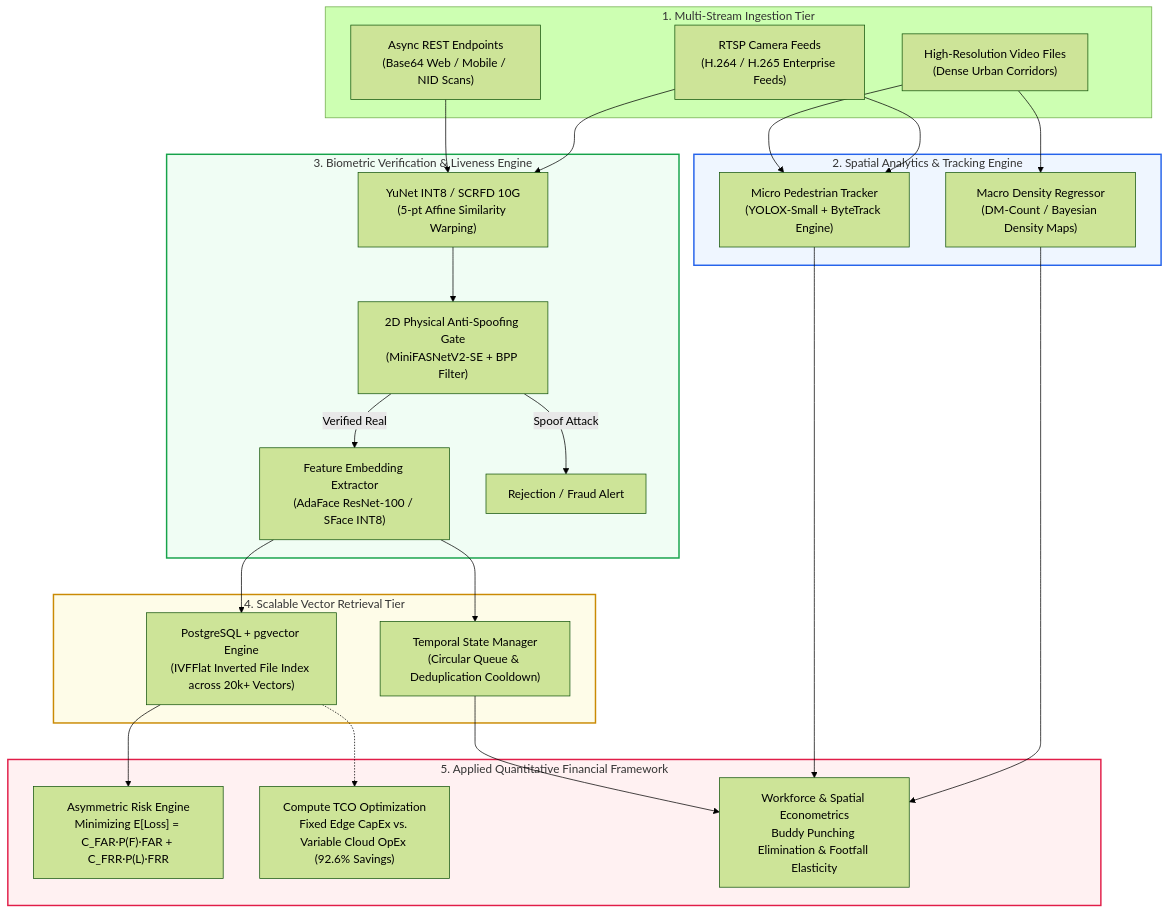
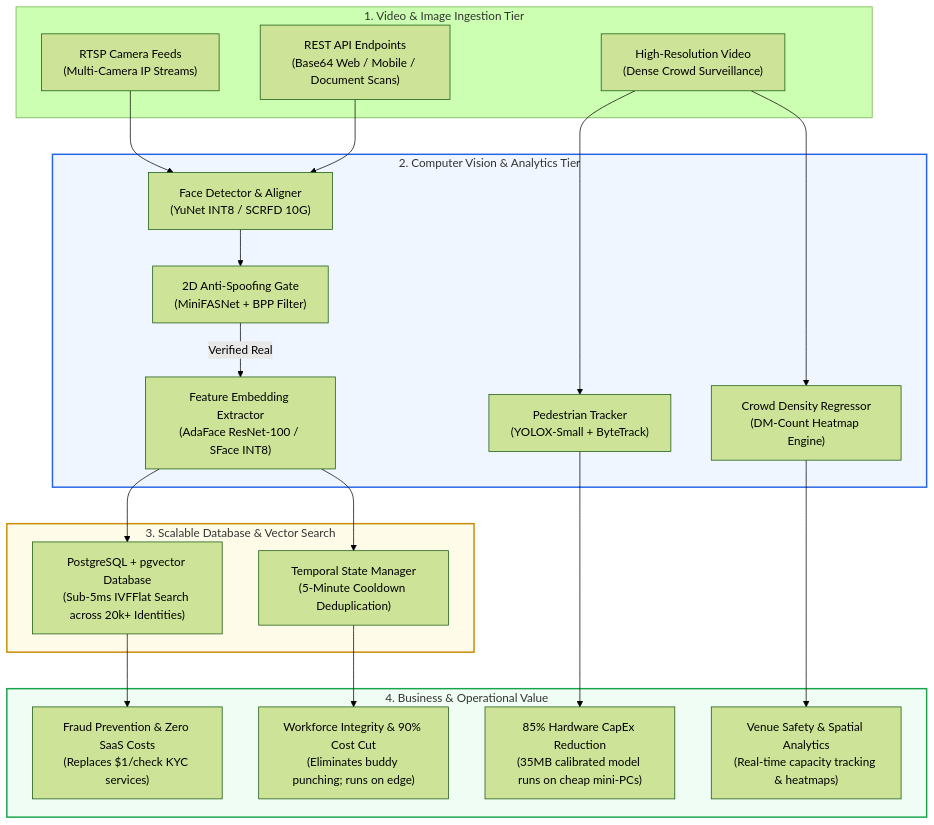
The diagram in README.md (datawithAsif/Video-Analytics-Architecture-Portfolio), drawn with Mermaid (forest theme) before and after one commit. The commit also changed other lines of this file and 5 other files, not shown here.

Commit message:
refactor: streamline portfolio documentation for corporate readability and business impact

````diff
--- a/README.md
+++ b/README.md
@@ -16,56 +18,49 @@
 ```mermaid
 flowchart TD
-    %% Master Unified Architecture Topology
+    %% Master Unified Architecture
 
-    subgraph Tier1_Ingestion ["1. Multi-Stream Ingestion Tier"]
-        RTSP["RTSP Camera Feeds\n(H.264 / H.265 Enterprise Feeds)"]
-        HTTP["Async REST Endpoints\n(Base64 Web / Mobile / NID Scans)"]
-        STREAM["High-Resolution Video Files\n(Dense Urban Corridors)"]
+    subgraph Ingestion ["1. Video & Image Ingestion Tier"]
+        RTSP["RTSP Camera Feeds\n(Multi-Camera IP Streams)"]
+        HTTP["REST API Endpoints\n(Base64 Web / Mobile / Document Scans)"]
+        VIDEO["High-Resolution Video\n(Dense Crowd Surveillance)"]
     end
 
-    subgraph Tier2_Spatial ["2. Spatial Analytics & Tracking Engine"]
-        DM["Macro Density Regressor\n(DM-Count / Bayesian Density Maps)"]
-        YOLO["Micro Pedestrian Tracker\n(YOLOX-Small + ByteTrack Engine)"]
+    subgraph Vision_Tier ["2. Computer Vision & Analytics Tier"]
+        YOLO["Pedestrian Tracker\n(YOLOX-Small + ByteTrack)"]
+        DM["Crowd Density Regressor\n(DM-Count Heatmap Engine)"]
+        DET["Face Detector & Aligner\n(YuNet INT8 / SCRFD 10G)"]
+        SPOOF["2D Anti-Spoofing Gate\n(MiniFASNet + BPP Filter)"]
+        EMBED["Feature Embedding Extractor\n(AdaFace ResNet-100 / SFace INT8)"]
         
-        STREAM --> DM
-        STREAM --> YOLO
-        RTSP --> YOLO
+        VIDEO --> YOLO
+        VIDEO --> DM
+        RTSP --> DET
+        HTTP --> DET
+        DET --> SPOOF
+        SPOOF -->|Verified Real| EMBED
     end
 
-    subgraph Tier3_Biometrics ["3. Biometric Verification & Liveness Engine"]
-        DET["YuNet INT8 / SCRFD 10G\n(5-pt Affine Similarity Warping)"]
-        LIVENESS["2D Physical Anti-Spoofing Gate\n(MiniFASNetV2-SE + BPP Filter)"]
-        EMBED["Feature Embedding Extractor\n(AdaFace ResNet-100 / SFace INT8)"]
-        
-        HTTP --> DET
-        RTSP --> DET
-        DET --> LIVENESS
-        LIVENESS -->|Verified Real| EMBED
-        LIVENESS -->|Spoof Attack| REJECT["Rejection / Fraud Alert"]
-    end
-
-    subgraph Tier4_Storage ["4. Scalable Vector Retrieval Tier"]
-        PG["PostgreSQL + pgvector Engine\n(IVFFlat Inverted File Index across 20k+ Vectors)"]
-        STATE["Temporal State Manager\n(Circular Queue & Deduplication Cooldown)"]
+    subgraph Storage_Tier ["3. Scalable Database & Vector Search"]
+        PG["PostgreSQL + pgvector Database\n(Sub-5ms IVFFlat Search across 20k+ Identities)"]
+        STATE["Temporal State Manager\n(5-Minute Cooldown Deduplication)"]
         
         EMBED --> PG
         EMBED --> STATE
     end
 
-    subgraph Tier5_Economics ["5. Applied Quantitative Financial Framework"]
-        LOSS["Asymmetric Risk Engine\nMinimizing E[Loss] = C_FAR·P(F)·FAR + C_FRR·P(L)·FRR"]
-        TCO["Compute TCO Optimization\nFixed Edge CapEx vs. Variable Cloud OpEx (92.6% Savings)"]
-        LABOR["Workforce & Spatial Econometrics\nBuddy Punching Elimination & Footfall Elasticity"]
+    subgraph Business_Impact ["4. Business & Operational Value"]
+        V1["Fraud Prevention & Zero SaaS Costs\n(Replaces $1/check KYC services)"]
+        V2["Workforce Integrity & 90% Cost Cut\n(Eliminates buddy punching; runs on edge)"]
+        V3["85% Hardware CapEx Reduction\n(35MB calibrated model runs on cheap mini-PCs)"]
+        V4["Venue Safety & Spatial Analytics\n(Real-time capacity tracking & heatmaps)"]
         
-        PG --> LOSS
-        PG -.-> TCO
-        STATE --> LABOR
-        YOLO --> LABOR
-        DM --> LABOR
+        PG --> V1
+        STATE --> V2
+        YOLO --> V3
+        DM --> V4
     end
 
-    style Tier3_Biometrics fill:#f0fdf4,stroke:#16a34a,stroke-width:2px
-    style Tier2_Spatial fill:#eff6ff,stroke:#2563eb,stroke-width:2px
-    style Tier4_Storage fill:#fefce8,stroke:#ca8a04,stroke-width:2px
-    style Tier5_Economics fill:#fff1f2,stroke:#e11d48,stroke-width:2px
+    style Vision_Tier fill:#eff6ff,stroke:#2563eb,stroke-width:2px
+    style Storage_Tier fill:#fefce8,stroke:#ca8a04,stroke-width:2px
+    style Business_Impact fill:#f0fdf4,stroke:#16a34a,stroke-width:2px
 ```
````
